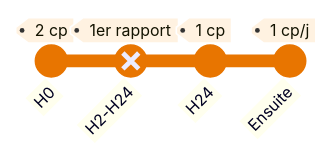
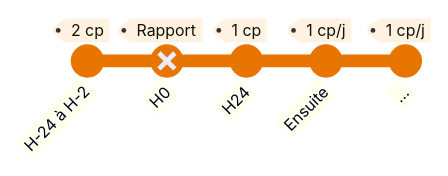
Before and after one commit to djibe/recommandations-medicales: the second of 3 diagrams in content/recommandations/prophylaxie-preexposition-prep.md, drawn with Mermaid. The commit also changed other lines of this file, not shown here.

```diff
--- a/content/recommandations/prophylaxie-preexposition-prep.md
+++ b/content/recommandations/prophylaxie-preexposition-prep.md
@@ -316,8 +325,9 @@
-{{< mermaid title="Instauration de la PrEP en continu avec démarrage immédiat (homme uniquement). Dr JB Fron d'après HAS 2024" >}}
+{{< mermaid title="Instauration de la PrEP orale en continu avec démarrage immédiat (homme cisgenre ou trans avec rapports anaux). Dr JB Fron d'après HAS 2025" >}}
 %%{init: { 'gitGraph': { 'showBranches': false }, 'themeVariables': { 'git0' : '#e87500', 'tagLabelBackground': '#FFF2E1', 'tagLabelBorder': '#fff' }}}%%
 gitGraph
-  commit id: "H0" tag: "2 cp"
-  commit id: "H2-H24" tag: "1er rapport" type: REVERSE
+  commit id: "H-24 à H-2" tag: "2 cp"
+  commit id: "H0" tag: "Rapport" type: REVERSE
   commit id: "H24" tag: "1 cp"
   commit id: "Ensuite" tag: "1 cp/j"
+  commit id: "..." tag: "1 cp/j"
 {{< /mermaid >}}
```
